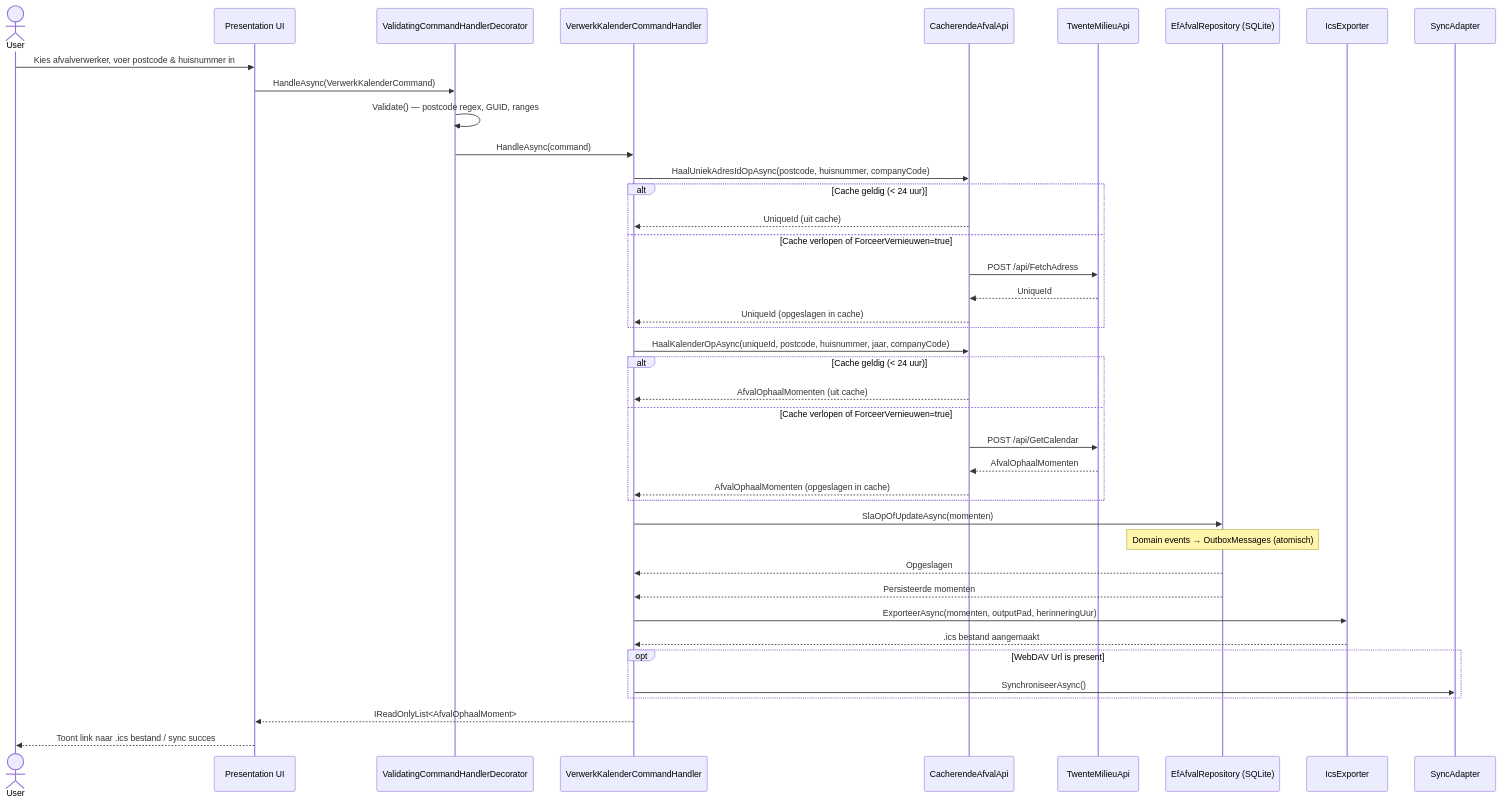
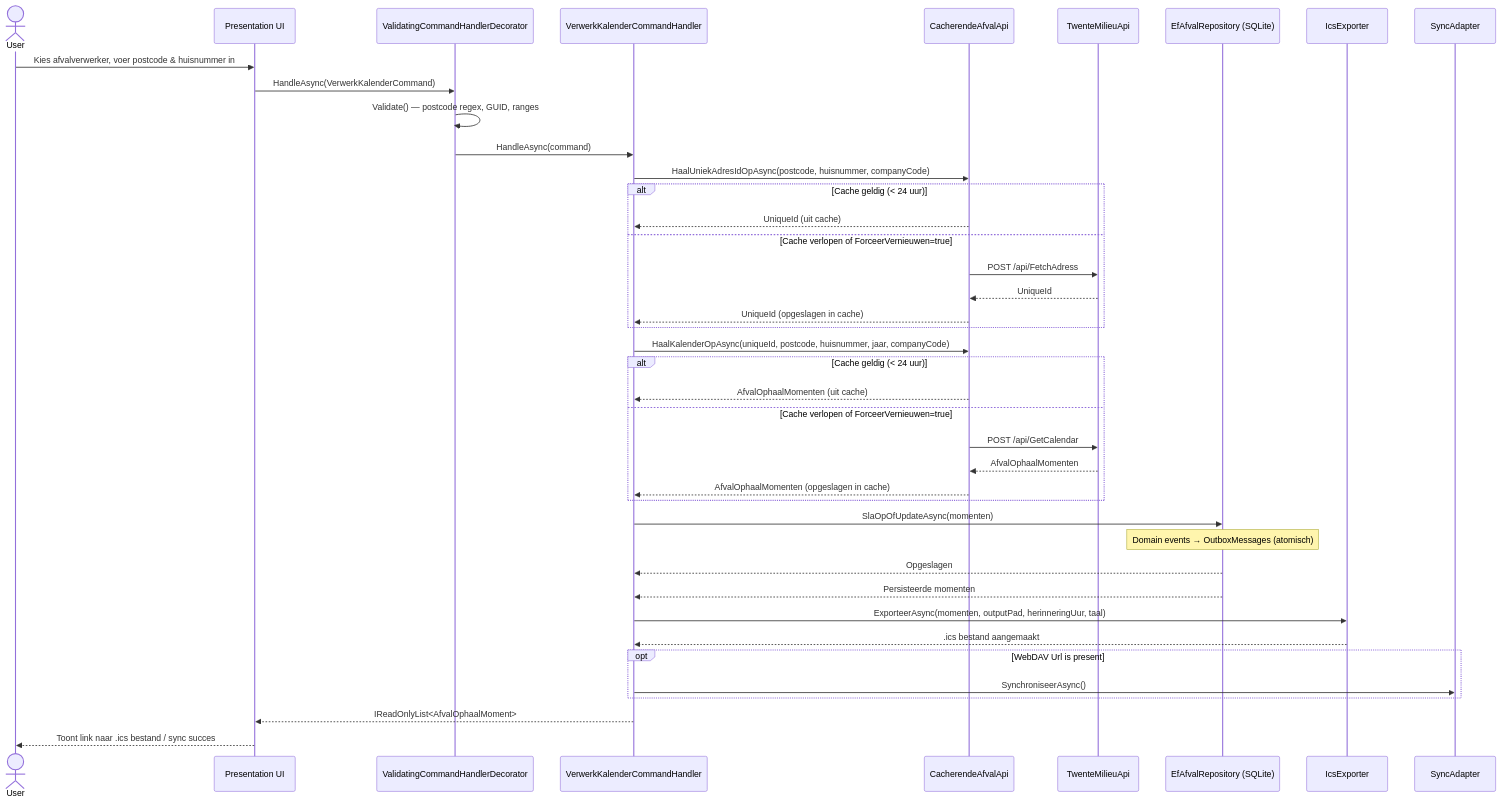
Before and after one commit to marvinstorage/AfvalKalender: the third of 3 diagrams in CLAUDE.md, drawn with Mermaid. The commit also changed other lines of this file and 46 other files, not shown here.

First line of the commit message:
feat: language-selectable ICS output (Dutch/English) (#22)

````diff
--- a/CLAUDE.md
+++ b/CLAUDE.md
@@ -217,43 +219,43 @@
 ```mermaid
 sequenceDiagram
     actor User
     participant UI as Presentation UI
     participant Val as ValidatingCommandHandlerDecorator
     participant App as VerwerkKalenderCommandHandler
     participant Cache as CacherendeAfvalApi
     participant API as TwenteMilieuApi
     participant DB as EfAfvalRepository (SQLite)
     participant ICS as IcsExporter
 
     User->>UI: Kies afvalverwerker, voer postcode & huisnummer in
     UI->>Val: HandleAsync(VerwerkKalenderCommand)
     Val->>Val: Validate() — postcode regex, GUID, ranges
     Val->>App: HandleAsync(command)
     App->>Cache: HaalUniekAdresIdOpAsync(postcode, huisnummer, companyCode)
     alt Cache geldig (< 24 uur)
         Cache-->>App: UniqueId (uit cache)
     else Cache verlopen of ForceerVernieuwen=true
         Cache->>API: POST /api/FetchAdress
         API-->>Cache: UniqueId
         Cache-->>App: UniqueId (opgeslagen in cache)
     end
     App->>Cache: HaalKalenderOpAsync(uniqueId, postcode, huisnummer, jaar, companyCode)
     alt Cache geldig (< 24 uur)
         Cache-->>App: AfvalOphaalMomenten (uit cache)
     else Cache verlopen of ForceerVernieuwen=true
         Cache->>API: POST /api/GetCalendar
         API-->>Cache: AfvalOphaalMomenten
         Cache-->>App: AfvalOphaalMomenten (opgeslagen in cache)
     end
     App->>DB: SlaOpOfUpdateAsync(momenten)
     Note over DB: Domain events → OutboxMessages (atomisch)
     DB-->>App: Opgeslagen
     DB-->>App: Persisteerde momenten
-    App->>ICS: ExporteerAsync(momenten, outputPad, herinneringUur)
+    App->>ICS: ExporteerAsync(momenten, outputPad, herinneringUur, taal)
     ICS-->>App: .ics bestand aangemaakt
     opt WebDAV Url is present
         App->>SyncAdapter: SynchroniseerAsync()
     end
     App-->>UI: IReadOnlyList<AfvalOphaalMoment>
     UI-->>User: Toont link naar .ics bestand / sync succes
 ```
````
